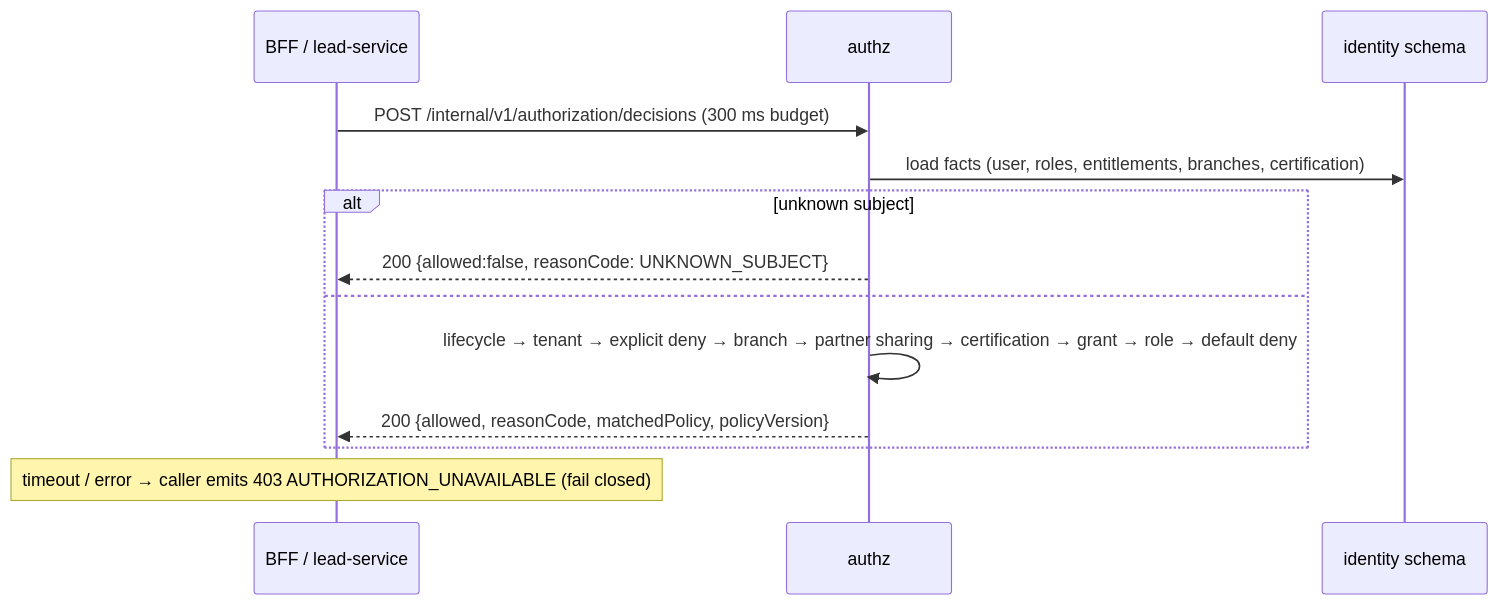
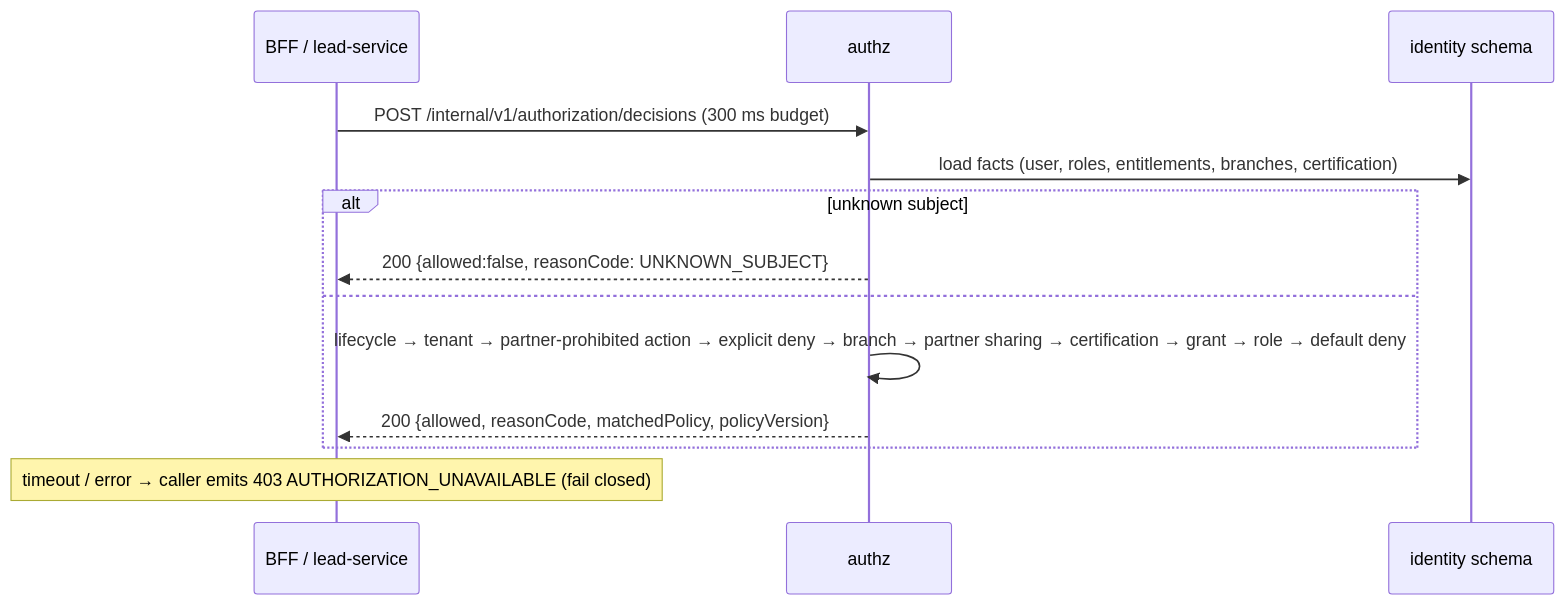
The first of 2 diagrams in docs/platform/contracts/identity-authorization-service/LLD.md (Mahesh38/bank-insurance-platform), drawn with Mermaid before and after one commit. The commit also changed other lines of this file and 41 other files, not shown here.

````diff
--- a/docs/platform/contracts/identity-authorization-service/LLD.md
+++ b/docs/platform/contracts/identity-authorization-service/LLD.md
@@ -71,15 +84,15 @@
 ```mermaid
 sequenceDiagram
     participant C as BFF / lead-service
     participant AZ as authz
     participant DB as identity schema
     C->>AZ: POST /internal/v1/authorization/decisions (300 ms budget)
     AZ->>DB: load facts (user, roles, entitlements, branches, certification)
     alt unknown subject
         AZ-->>C: 200 {allowed:false, reasonCode: UNKNOWN_SUBJECT}
     else
-        AZ->>AZ: lifecycle → tenant → explicit deny → branch → partner sharing → certification → grant → role → default deny
+        AZ->>AZ: lifecycle → tenant → partner-prohibited action → explicit deny → branch → partner sharing → certification → grant → role → default deny
         AZ-->>C: 200 {allowed, reasonCode, matchedPolicy, policyVersion}
     end
     Note over C: timeout / error → caller emits 403 AUTHORIZATION_UNAVAILABLE (fail closed)
 ```
````
